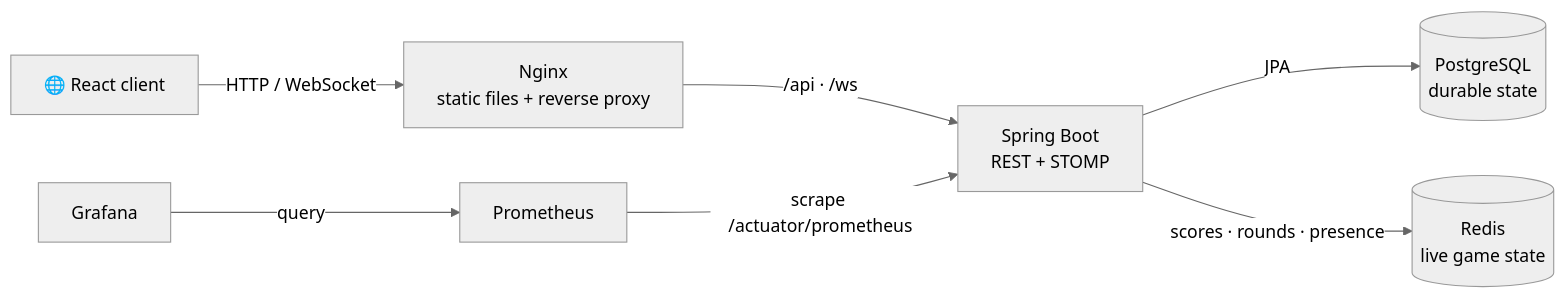
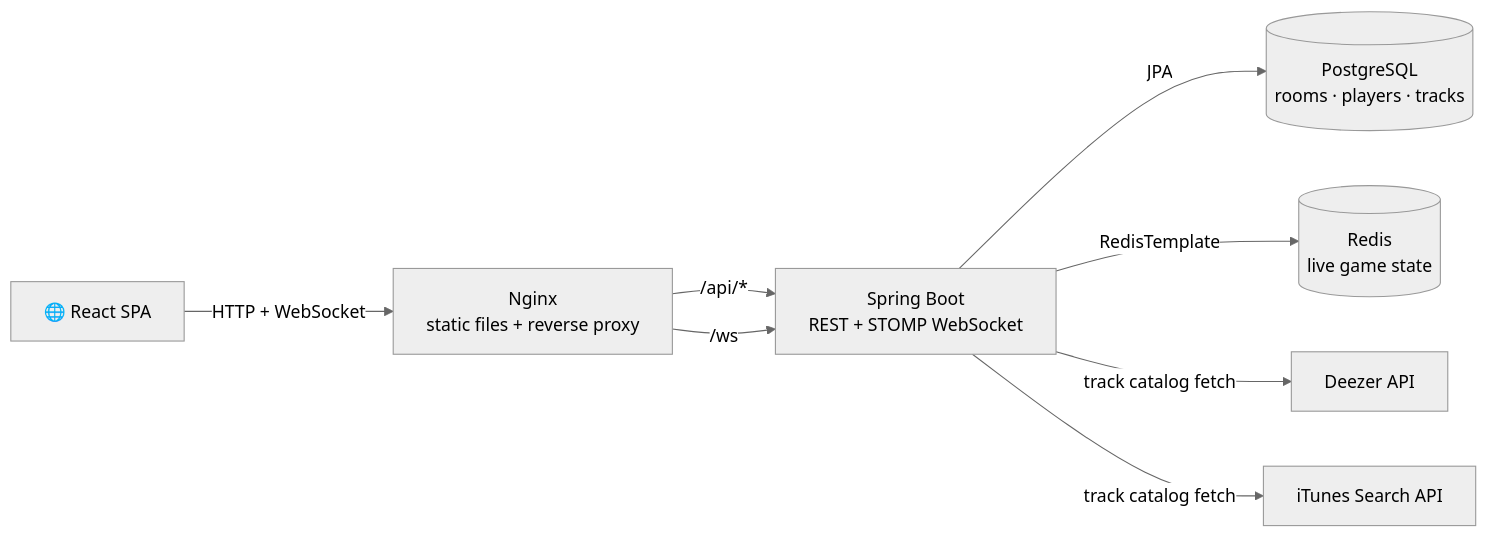
The diagram in docs/ARCHITECTURE.md (IgorMatv/beat-game-public), drawn with Mermaid (neutral theme) before and after one commit. The commit also changed other lines of this file and 11 other files, not shown here.

````diff
--- a/docs/ARCHITECTURE.md
+++ b/docs/ARCHITECTURE.md
@@ -11,17 +17,18 @@
 ```mermaid
 flowchart LR
-    Browser["🌐 React client"]
+    Browser["🌐 React SPA"]
     Nginx["Nginx<br/>static files + reverse proxy"]
-    API["Spring Boot<br/>REST + STOMP"]
-    DB[(PostgreSQL<br/>durable state)]
-    Cache[(Redis<br/>live game state)]
-    Prom["Prometheus"]
-    Grafana["Grafana"]
+    Backend["Spring Boot<br/>REST + STOMP WebSocket"]
+    DB[("PostgreSQL<br/>rooms · players · tracks")]
+    Cache[("Redis<br/>live game state")]
+    Deezer["Deezer API"]
+    Itunes["iTunes Search API"]
 
-    Browser -- "HTTP / WebSocket" --> Nginx
-    Nginx -- "/api · /ws" --> API
-    API -- "JPA" --> DB
-    API -- "scores · rounds · presence" --> Cache
-    Prom -- "scrape /actuator/prometheus" --> API
-    Grafana -- "query" --> Prom
+    Browser -- "HTTP + WebSocket" --> Nginx
+    Nginx -- "/api/*" --> Backend
+    Nginx -- "/ws" --> Backend
+    Backend -- "JPA" --> DB
+    Backend -- "RedisTemplate" --> Cache
+    Backend -- "track catalog fetch" --> Deezer
+    Backend -- "track catalog fetch" --> Itunes
 ```
````
